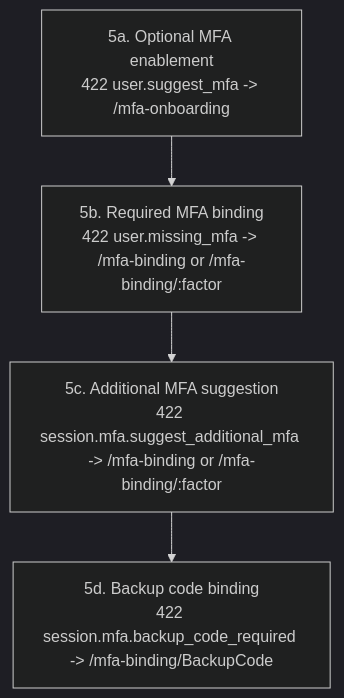
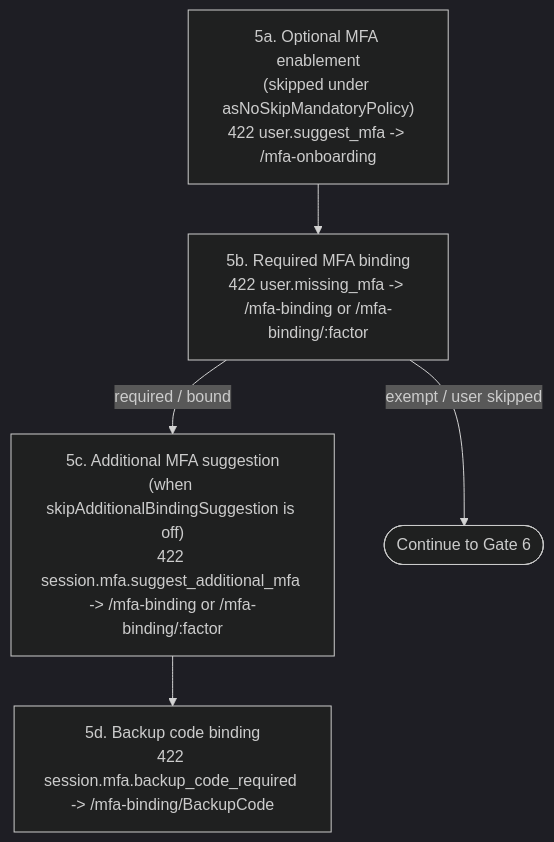
One commit to logto-io/logto changed the second of 2 diagrams in end-user-flows/submit-gates.md. Above: the diagram before and after it, drawn with Mermaid (dark theme). The commit also changed other lines of this file and 1 other file, not shown here.

Commit message:
docs: address submit-gates flowchart review feedback

````diff
--- a/end-user-flows/submit-gates.md
+++ b/end-user-flows/submit-gates.md
@@ -23,10 +23,11 @@
 ```mermaid
 flowchart TD
-  g5a["5a. Optional MFA enablement<br/>422 user.suggest_mfa -> /mfa-onboarding"]
+  g5a["5a. Optional MFA enablement<br/>(skipped under asNoSkipMandatoryPolicy)<br/>422 user.suggest_mfa -> /mfa-onboarding"]
   g5b["5b. Required MFA binding<br/>422 user.missing_mfa -> /mfa-binding or /mfa-binding/:factor"]
-  g5c["5c. Additional MFA suggestion<br/>422 session.mfa.suggest_additional_mfa -> /mfa-binding or /mfa-binding/:factor"]
+  g5c["5c. Additional MFA suggestion<br/>(when skipAdditionalBindingSuggestion is off)<br/>422 session.mfa.suggest_additional_mfa -> /mfa-binding or /mfa-binding/:factor"]
   g5d["5d. Backup code binding<br/>422 session.mfa.backup_code_required -> /mfa-binding/BackupCode"]
   g5a --> g5b
-  g5b --> g5c
+  g5b -->|exempt / user skipped| g6_exit(["Continue to Gate 6"])
+  g5b -->|required / bound| g5c
   g5c --> g5d
 ```
````
